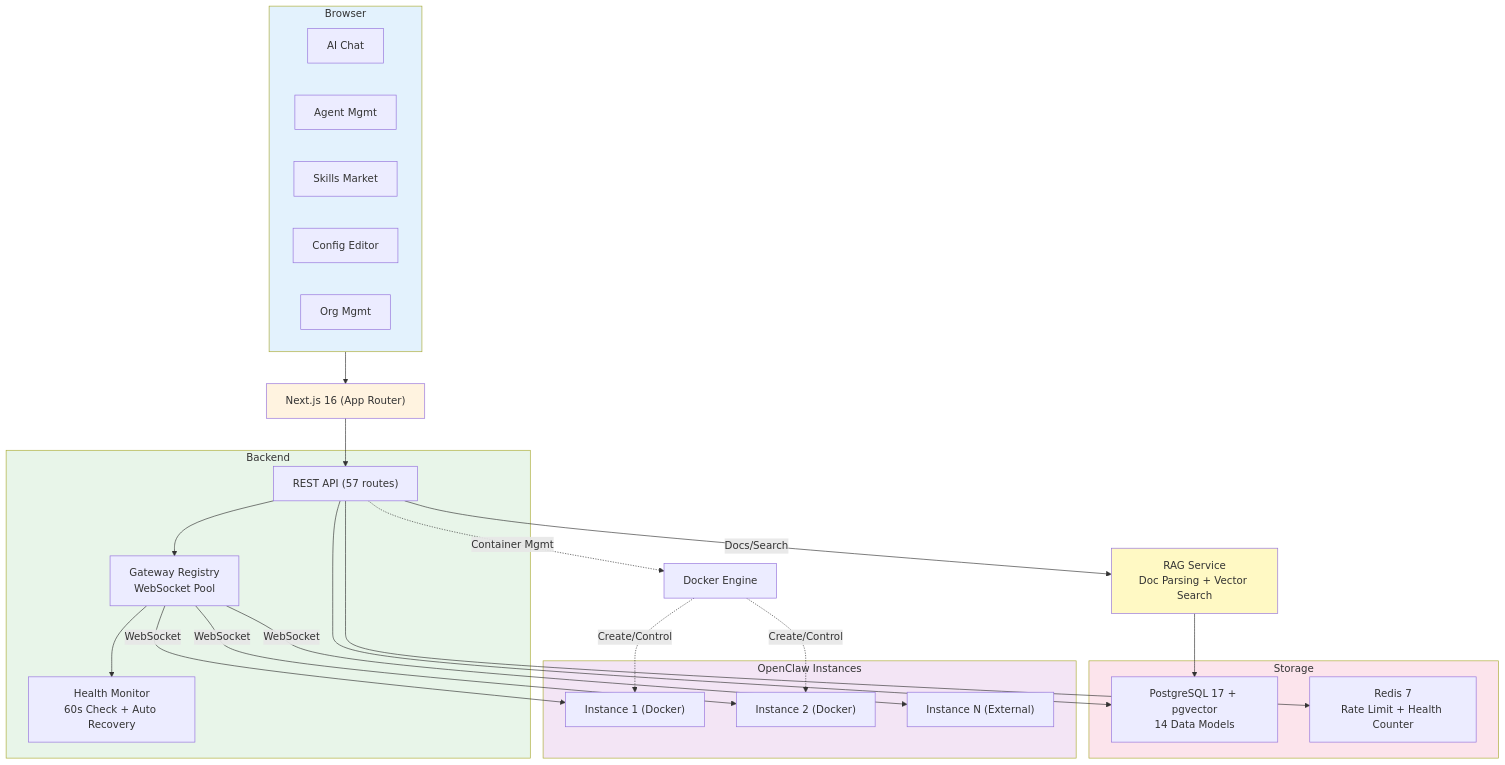
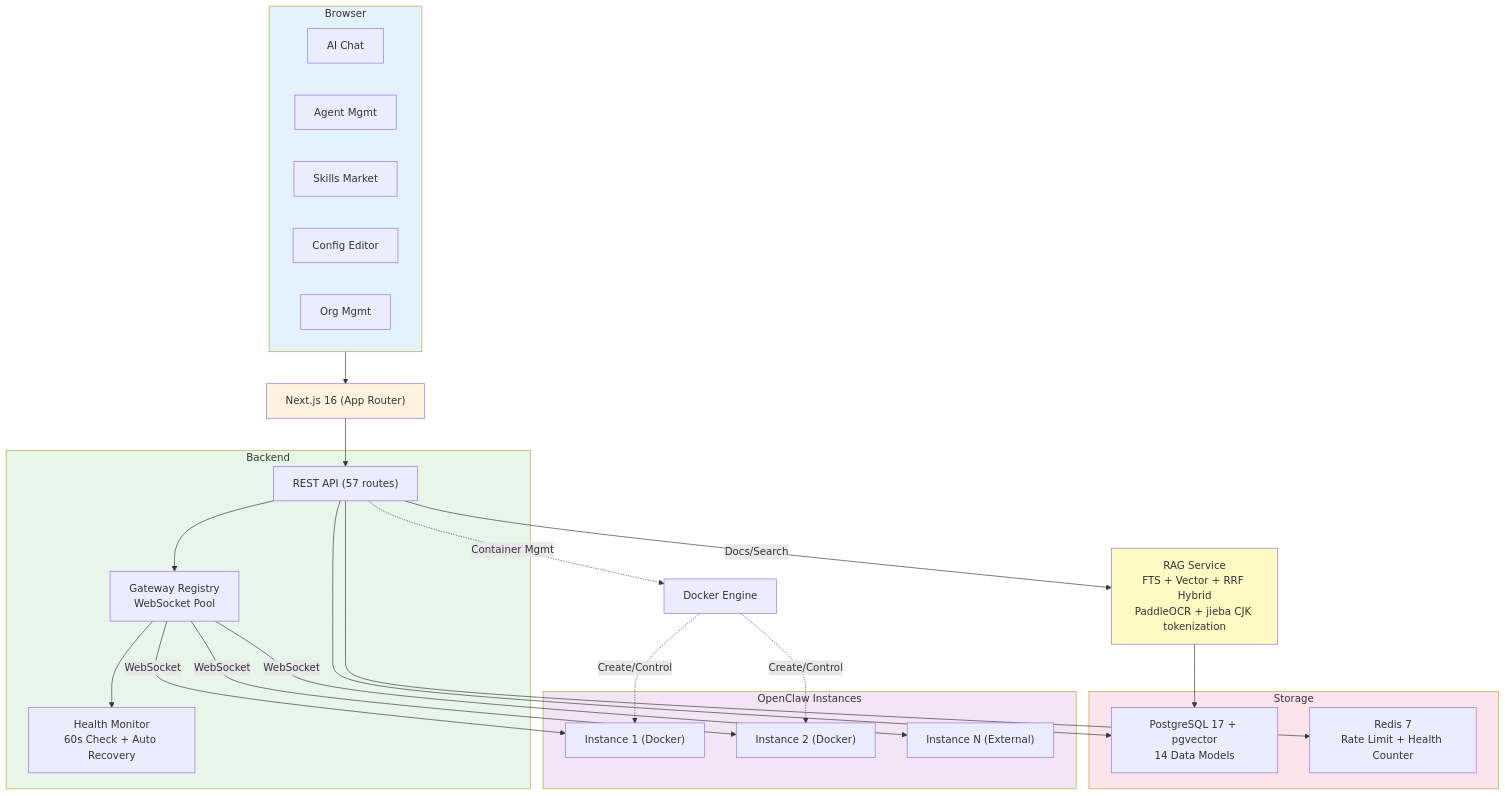
Before and after one commit to szsip239/teamclaw: the second of 2 diagrams in README.md, drawn with Mermaid. The commit also changed other lines of this file and 482 other files, not shown here.

````diff
--- a/README.md
+++ b/README.md
@@ -446,55 +692,55 @@
 ```mermaid
 graph TB
     subgraph Client["Browser"]
         Chat["AI Chat"]
         AgentUI["Agent Mgmt"]
         SkillUI["Skills Market"]
         ConfigUI["Config Editor"]
         OrgUI["Org Mgmt"]
     end
 
     NextJS["Next.js 16 (App Router)"]
 
     subgraph Backend["Backend"]
         API["REST API (57 routes)"]
         GW["Gateway Registry<br/>WebSocket Pool"]
         Health["Health Monitor<br/>60s Check + Auto Recovery"]
     end
 
     subgraph Storage["Storage"]
         PG["PostgreSQL 17 + pgvector<br/>14 Data Models"]
         RD["Redis 7<br/>Rate Limit + Health Counter"]
     end
 
-    RAG["RAG Service<br/>Doc Parsing + Vector Search"]
+    RAG["RAG Service<br/>FTS + Vector + RRF Hybrid<br/>PaddleOCR + jieba CJK tokenization"]
 
     subgraph Instances["OpenClaw Instances"]
         OC1["Instance 1 (Docker)"]
         OC2["Instance 2 (Docker)"]
         OCN["Instance N (External)"]
     end
 
     DK["Docker Engine"]
 
     Client --> NextJS
     NextJS --> API
     API --> GW
     API --> PG
     API --> RD
     API -- "Docs/Search" --> RAG
     RAG --> PG
     GW --> Health
     GW -- "WebSocket" --> OC1
     GW -- "WebSocket" --> OC2
     GW -- "WebSocket" --> OCN
     API -. "Container Mgmt" .-> DK
     DK -. "Create/Control" .-> OC1
     DK -. "Create/Control" .-> OC2
 
     style Client fill:#e3f2fd
     style NextJS fill:#fff3e0
     style Backend fill:#e8f5e9
     style Storage fill:#fce4ec
     style RAG fill:#fff9c4
     style Instances fill:#f3e5f5
 ```
````
